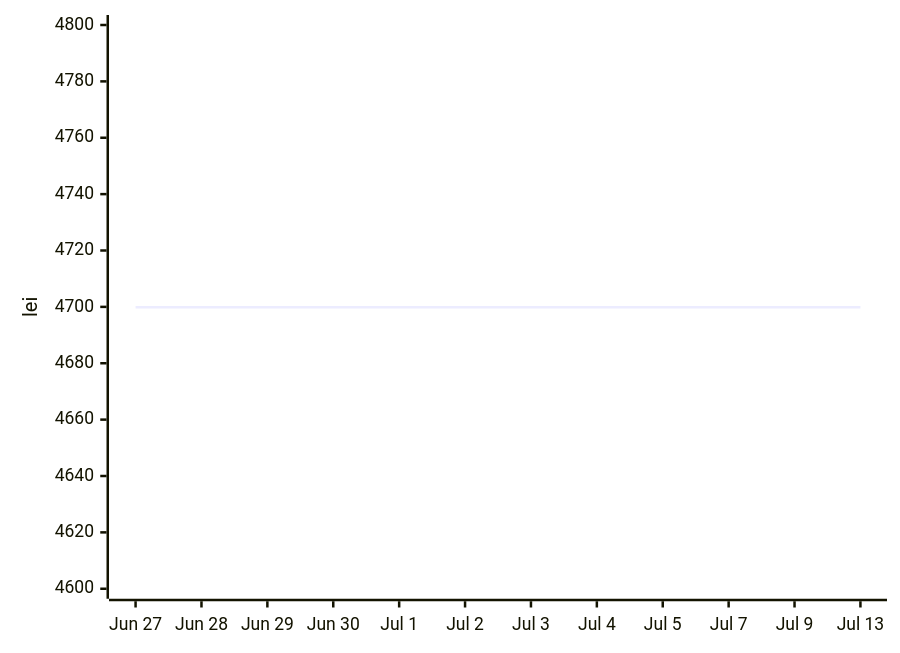
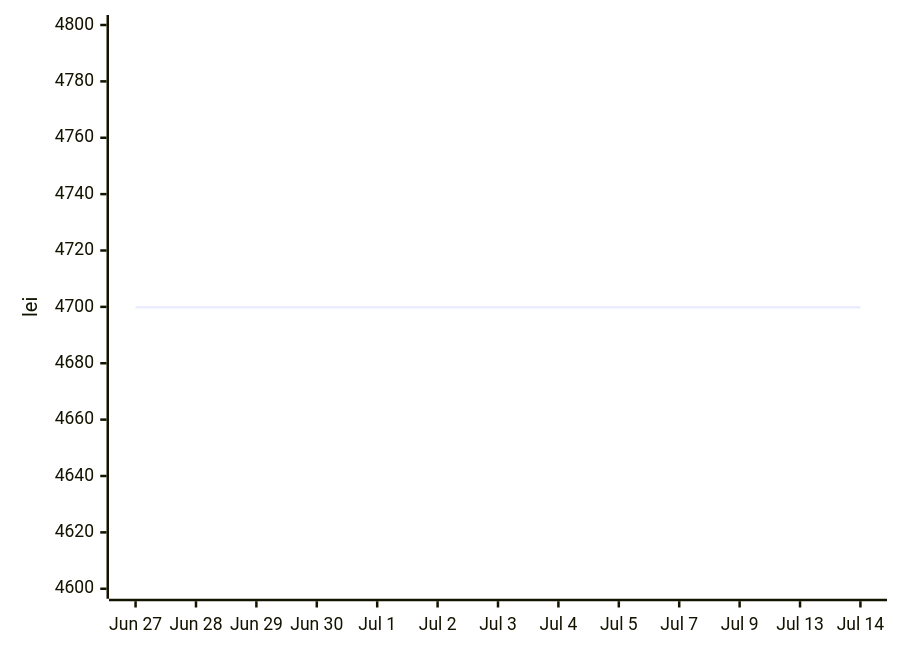
The first of 2 diagrams in README.md (anagheioan/laptop-price-monitor), drawn with Mermaid before and after one commit. The commit also changed other lines of this file and 1 other file, not shown here.

Commit message:
Price check 2026-07-14

````diff
--- a/README.md
+++ b/README.md
@@ -21,6 +21,6 @@
 ```mermaid
 xychart-beta
-    x-axis ["Jun 27", "Jun 28", "Jun 29", "Jun 30", "Jul 1", "Jul 2", "Jul 3", "Jul 4", "Jul 5", "Jul 7", "Jul 9", "Jul 13"]
+    x-axis ["Jun 27", "Jun 28", "Jun 29", "Jun 30", "Jul 1", "Jul 2", "Jul 3", "Jul 4", "Jul 5", "Jul 7", "Jul 9", "Jul 13", "Jul 14"]
     y-axis "lei" 4600 --> 4800
-    line [4699.9, 4699.9, 4699.9, 4699.9, 4699.9, 4699.9, 4699.9, 4699.9, 4699.9, 4699.9, 4699.9, 4699.9]
+    line [4699.9, 4699.9, 4699.9, 4699.9, 4699.9, 4699.9, 4699.9, 4699.9, 4699.9, 4699.9, 4699.9, 4699.9, 4699.9]
 ```
````
